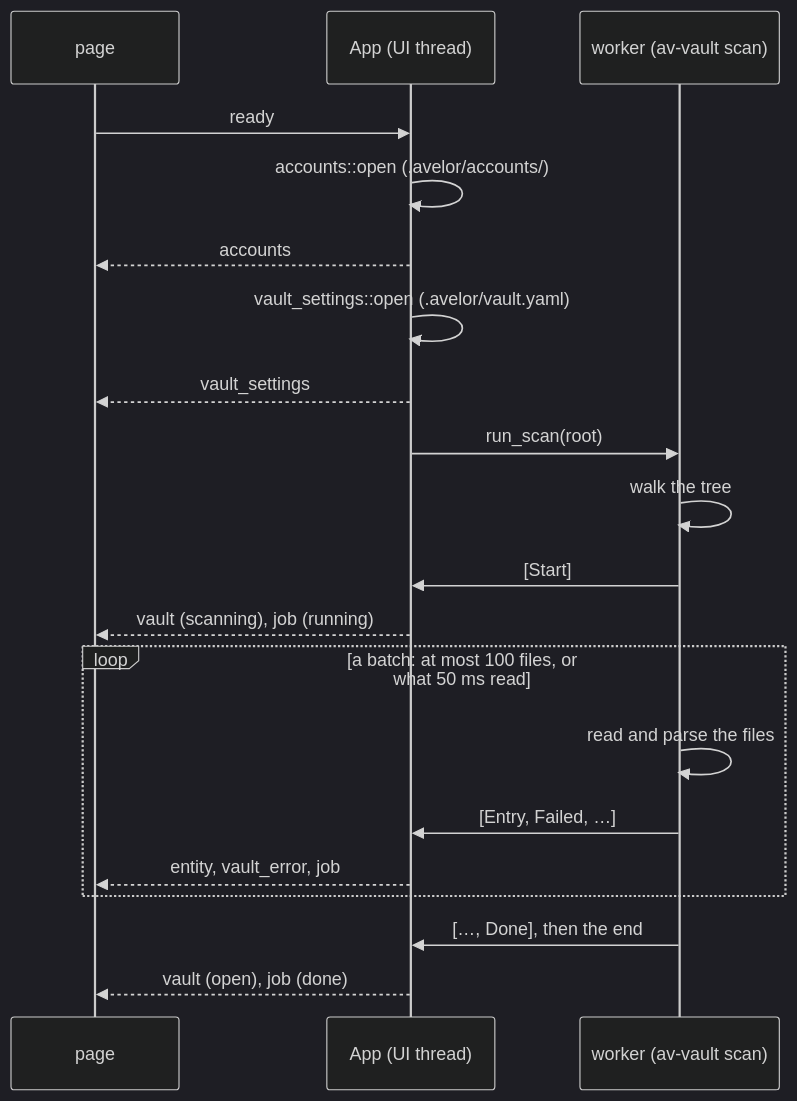
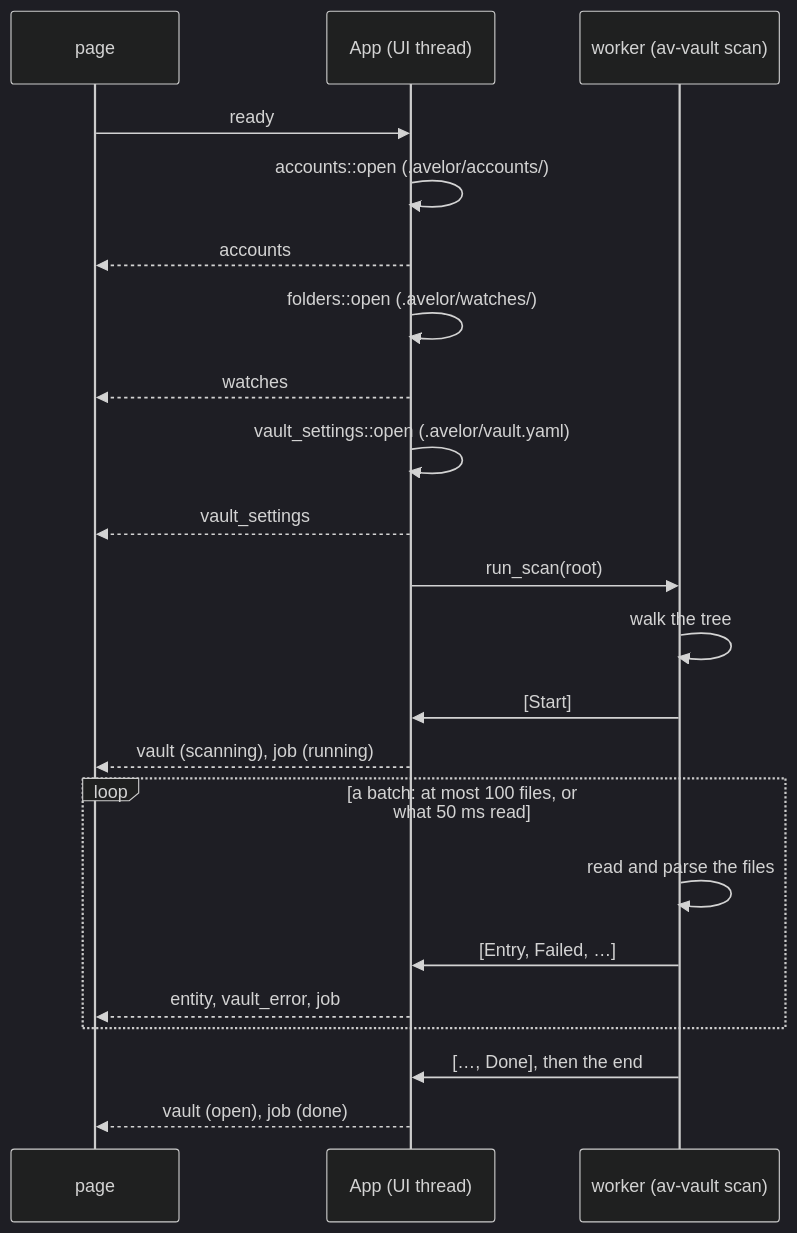
Before and after one commit to steschu77/avelor: the diagram in docs/vault.md, drawn with Mermaid (dark theme). The commit also changed other lines of this file and 20 other files, not shown here.

````diff
--- a/docs/vault.md
+++ b/docs/vault.md
@@ -770,22 +773,24 @@
 ```mermaid
 sequenceDiagram
     participant P as page
     participant S as App (UI thread)
     participant W as worker (av-vault scan)
     P->>S: ready
     S->>S: accounts::open (.avelor/accounts/)
     S-->>P: accounts
+    S->>S: folders::open (.avelor/watches/)
+    S-->>P: watches
     S->>S: vault_settings::open (.avelor/vault.yaml)
     S-->>P: vault_settings
     S->>W: run_scan(root)
     W->>W: walk the tree
     W->>S: [Start]
     S-->>P: vault (scanning), job (running)
     loop a batch: at most 100 files, or what 50 ms read
         W->>W: read and parse the files
         W->>S: [Entry, Failed, …]
         S-->>P: entity, vault_error, job
     end
     W->>S: […, Done], then the end
     S-->>P: vault (open), job (done)
 ```
````
